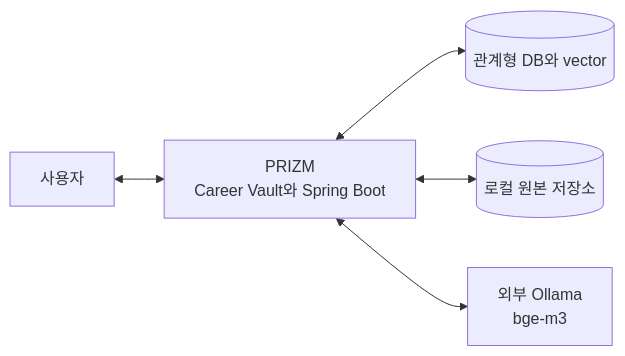
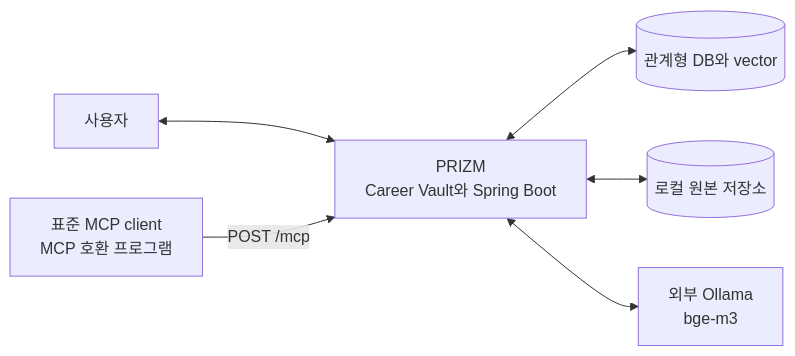
The first of 7 diagrams in docs/architecture.md (jaemin-devlog/PRIZM), drawn with Mermaid before and after one commit. The commit also changed other lines of this file and 23 other files, not shown here.

````diff
--- a/docs/architecture.md
+++ b/docs/architecture.md
@@ -71,13 +73,15 @@
 ```mermaid
 flowchart LR
     U["사용자"]
+    M["표준 MCP client<br/>MCP 호환 프로그램"]
     P["PRIZM<br/>Career Vault와 Spring Boot"]
     DB[("관계형 DB와 vector")]
     FS[("로컬 원본 저장소")]
     O["외부 Ollama<br/>bge-m3"]
 
     U <--> P
+    M -->|"POST /mcp"| P
     P <--> DB
     P <--> FS
     P <--> O
 ```
````
